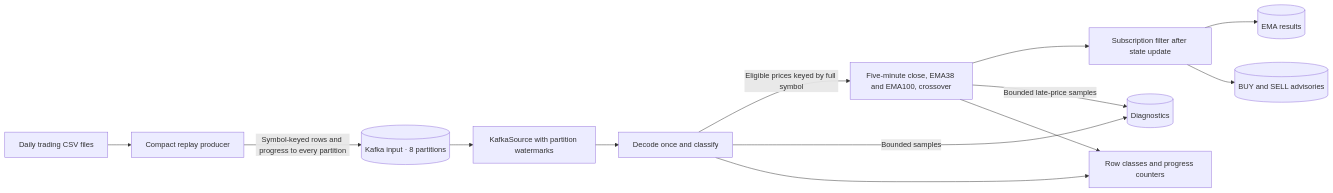
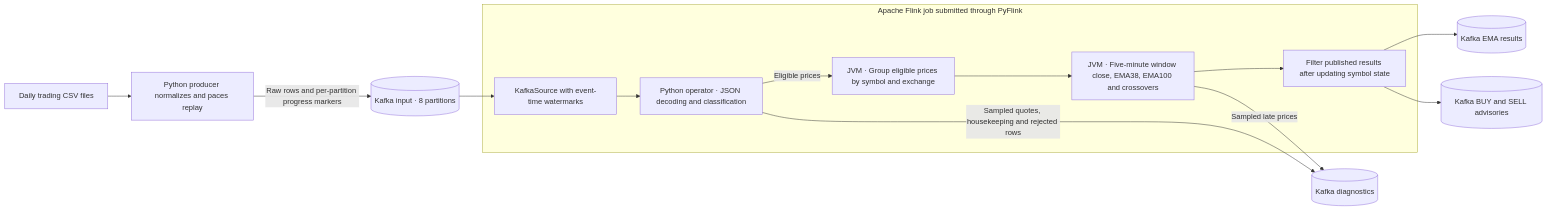
One commit to Laikka1/SSDM changed the diagram in plan/diagram.md. Above: the diagram before and after it, drawn with Mermaid. The commit also changed other lines of this file and 14 other files, not shown here.

````diff
--- a/plan/diagram.md
+++ b/plan/diagram.md
@@ -3,15 +5,24 @@
 ```mermaid
 flowchart LR
-    CSV[Daily trading CSV files] --> Replay[Compact replay producer]
-    Replay -->|Symbol-keyed rows and progress to every partition| Input[(Kafka input · 8 partitions)]
-    Input --> Source[KafkaSource with partition watermarks]
-    Source --> Classify[Decode once and classify]
-    Classify -->|Eligible prices keyed by full symbol| Analytics[Five-minute close, EMA38 and EMA100, crossover]
-    Analytics --> Subscriptions[Subscription filter after state update]
-    Subscriptions --> Windows[(EMA results)]
-    Subscriptions --> Advice[(BUY and SELL advisories)]
-    Classify -->|Bounded samples| Diagnostics[(Diagnostics)]
-    Analytics -->|Bounded late-price samples| Diagnostics
-    Classify --> Metrics[Row classes and progress counters]
-    Analytics --> Metrics
+    CSV[Daily trading CSV files] --> Replay[Python producer normalizes and paces replay]
+    Replay -->|Raw rows and per-partition progress markers| Input[(Kafka input · 8 partitions)]
+
+    subgraph Flink["Apache Flink job submitted through PyFlink"]
+        Source["KafkaSource with event-time watermarks"]
+        Classify["Python operator · JSON decoding and classification"]
+        KeyBy["JVM · Group eligible prices by symbol and exchange"]
+        Analytics["JVM · Five-minute window close, EMA38, EMA100 and crossovers"]
+        Subscriptions["Filter published results after updating symbol state"]
+
+        Source --> Classify
+        Classify -->|Eligible prices| KeyBy
+        KeyBy --> Analytics
+        Analytics --> Subscriptions
+    end
+
+    Input --> Source
+    Subscriptions --> Windows[(Kafka EMA results)]
+    Subscriptions --> Advice[(Kafka BUY and SELL advisories)]
+    Classify -->|Sampled quotes, housekeeping and rejected rows| Diagnostics[(Kafka diagnostics)]
+    Analytics -->|Sampled late prices| Diagnostics
 ```
````
